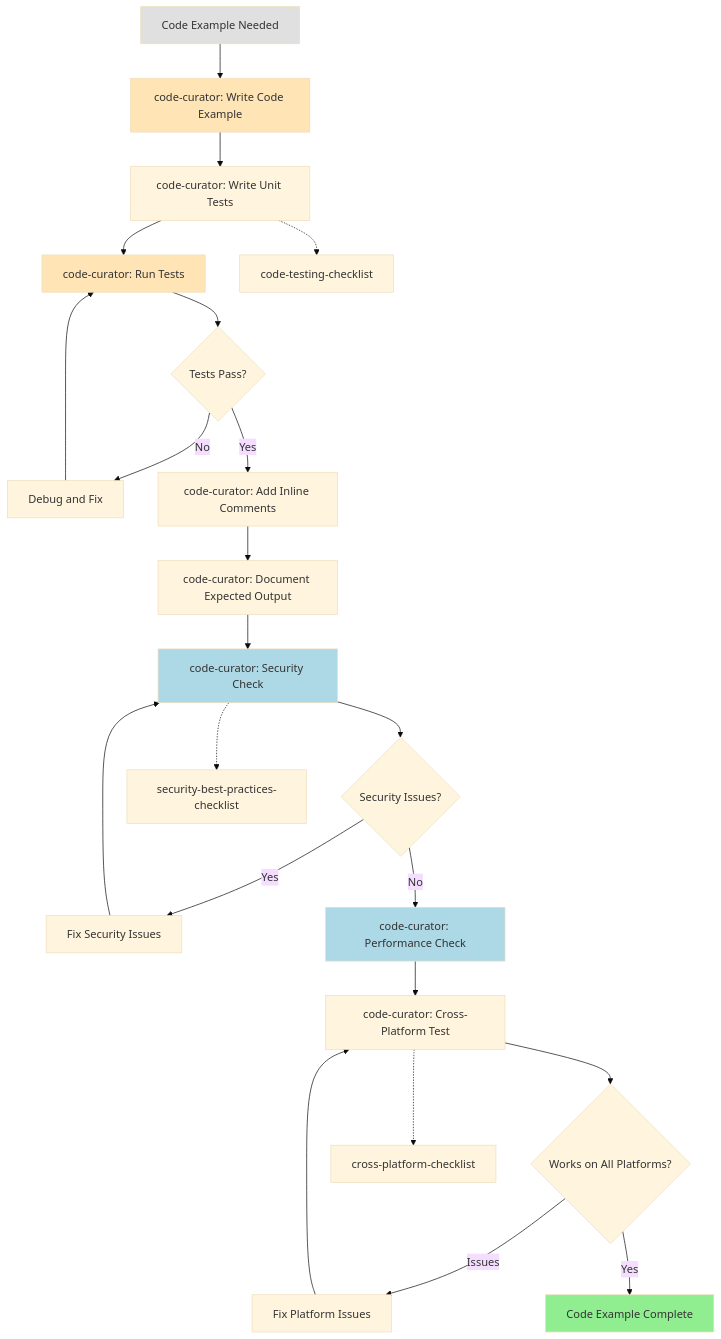
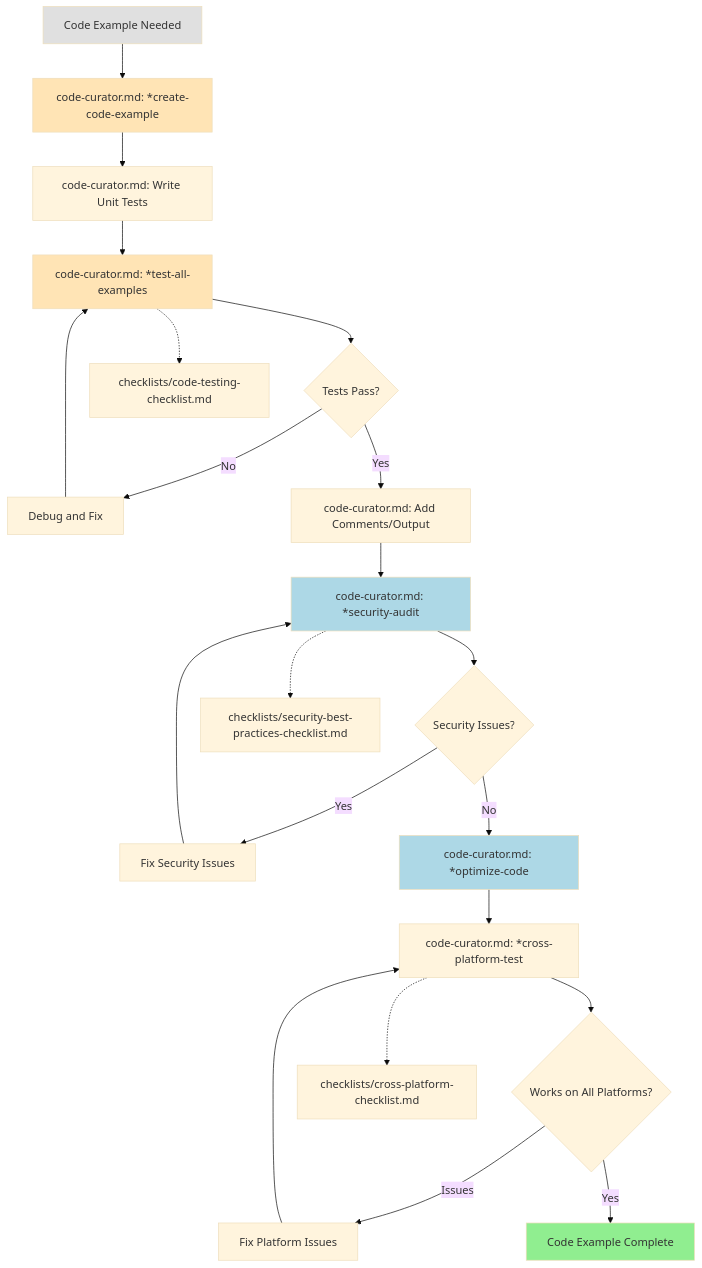
Before and after one commit to drbothen/BMAD-METHOD: the ninth of 18 diagrams in expansion-packs/bmad-technical-writing/docs/process-flows.md, drawn with Mermaid (base theme). The commit also changed other lines of this file, not shown here.

Commit message:
docs: add comprehensive process flow documentation

````diff
--- a/expansion-packs/bmad-technical-writing/docs/process-flows.md
+++ b/expansion-packs/bmad-technical-writing/docs/process-flows.md
@@ -471,32 +815,31 @@
 ```mermaid
 graph TD
-    A[Code Example Needed] --> B[code-curator: Write Code Example]
-    B --> C[code-curator: Write Unit Tests]
-    C --> D[code-curator: Run Tests]
+    A[Code Example Needed] --> B[code-curator.md: *create-code-example]
+    B --> C[code-curator.md: Write Unit Tests]
+    C --> D[code-curator.md: *test-all-examples]
     D --> E{Tests Pass?}
     E -->|No| F[Debug and Fix]
     F --> D
-    E -->|Yes| G[code-curator: Add Inline Comments]
-    G --> H[code-curator: Document Expected Output]
-    H --> I[code-curator: Security Check]
-    I --> J{Security Issues?}
-    J -->|Yes| K[Fix Security Issues]
-    K --> I
-    J -->|No| L[code-curator: Performance Check]
-    L --> M[code-curator: Cross-Platform Test]
-    M --> N{Works on All Platforms?}
-    N -->|Issues| O[Fix Platform Issues]
-    O --> M
-    N -->|Yes| P[Code Example Complete]
+    E -->|Yes| G[code-curator.md: Add Comments/Output]
+    G --> H[code-curator.md: *security-audit]
+    H --> I{Security Issues?}
+    I -->|Yes| J[Fix Security Issues]
+    J --> H
+    I -->|No| K[code-curator.md: *optimize-code]
+    K --> L[code-curator.md: *cross-platform-test]
+    L --> M{Works on All Platforms?}
+    M -->|Issues| N[Fix Platform Issues]
+    N --> L
+    M -->|Yes| O[Code Example Complete]
 
-    C -.-> C1[code-testing-checklist]
-    I -.-> I1[security-best-practices-checklist]
-    M -.-> M1[cross-platform-checklist]
+    D -.-> D1[checklists/code-testing-checklist.md]
+    H -.-> H1[checklists/security-best-practices-checklist.md]
+    L -.-> L1[checklists/cross-platform-checklist.md]
 
     style A fill:#E0E0E0
-    style P fill:#90EE90
+    style O fill:#90EE90
     style B fill:#FFE4B5
     style D fill:#FFE4B5
-    style I fill:#ADD8E6
-    style L fill:#ADD8E6
+    style H fill:#ADD8E6
+    style K fill:#ADD8E6
 ```
````
